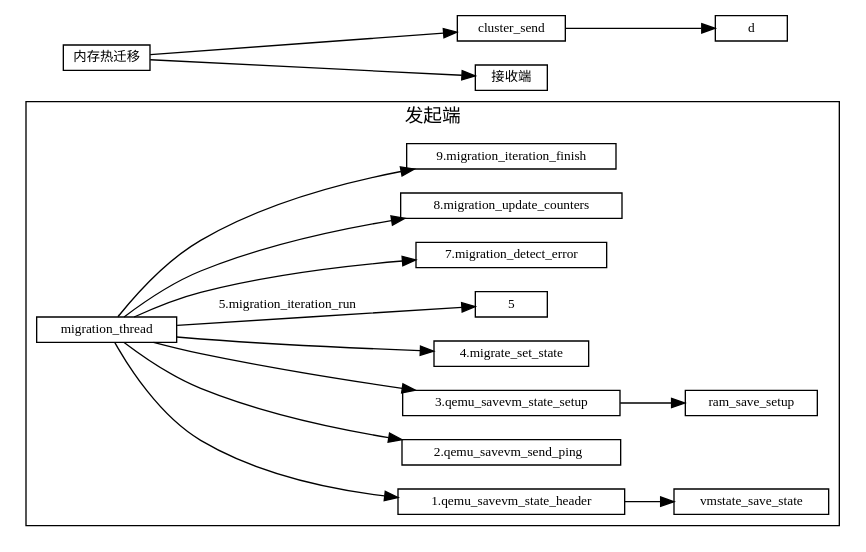
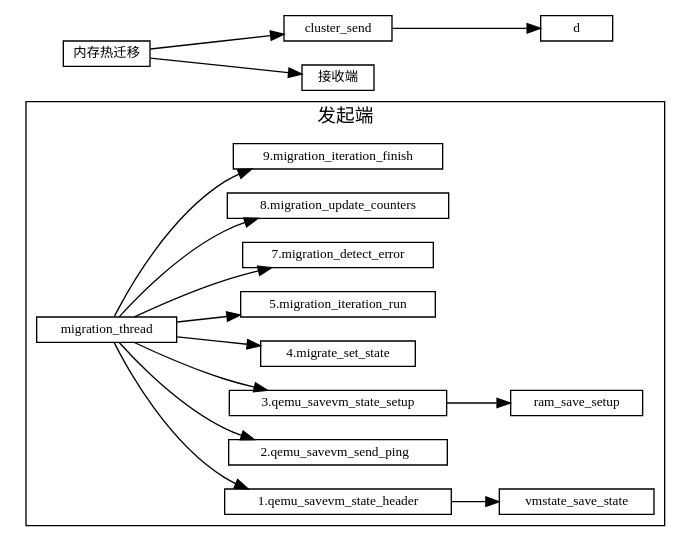
Before and after one commit to sisyphus1212/note: the diagram in 虚拟化/热迁移/1-内存热迁移.md, drawn with Graphviz.

Commit message:
auto_update

````diff
--- a/虚拟化/热迁移/1-内存热迁移.md
+++ b/虚拟化/热迁移/1-内存热迁移.md
@@ -11,35 +11,35 @@
 ```graphviz
 digraph 热迁移 {
 fontname="Helvetica,Arial,sans-serif"
 //node [fontname="Helvetica,Arial,sans-serif"]
 //edge [fontname="Helvetica,Arial,sans-serif"]
 rankdir="LR"
 node [fontsize=10, shape=box, height=0.25]
 edge [fontsize=10]
 
   subgraph send {
     cluster=true;
     label="发起端";
     migration_thread -> "1.qemu_savevm_state_header"
                      -> vmstate_save_state;
     migration_thread -> "2.qemu_savevm_send_ping  ";
     migration_thread -> "3.qemu_savevm_state_setup"
                      ->   ram_save_setup;
     migration_thread ->  "4.migrate_set_state";
-    migration_thread ->  5 [label="5.migration_iteration_run"]
+    migration_thread ->  "5.migration_iteration_run";
                      //->  "qemu_savevm_state_pending";
                      //->   save_live_iterate;
     migration_thread ->  "7.migration_detect_error";
     migration_thread ->  "8.migration_update_counters";
     migration_thread ->  "9.migration_iteration_finish";
 
 
   }
 
 内存热迁移 [label="内存热迁移"]
 内存热迁移 -> cluster_send
            -> d
 
 内存热迁移 -> 接收端
 }
 ```
````
